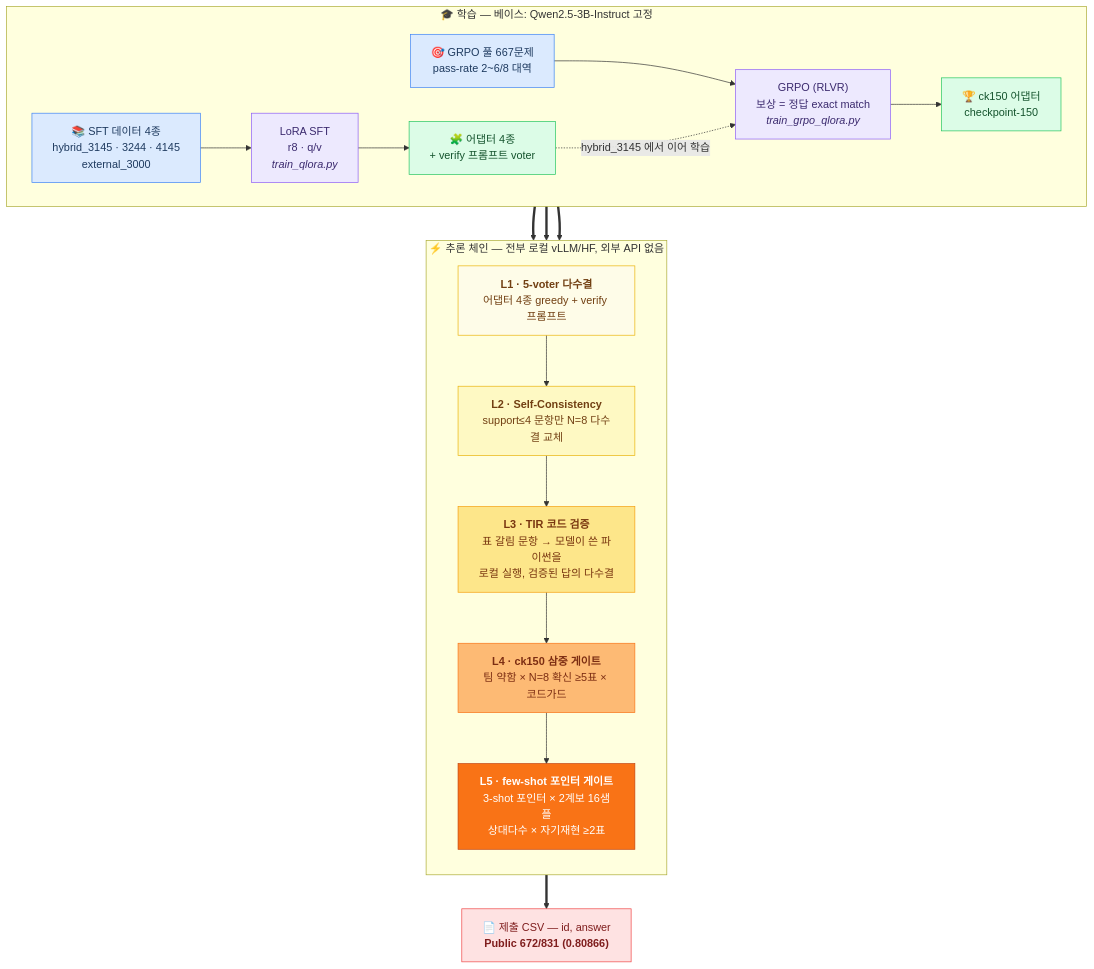
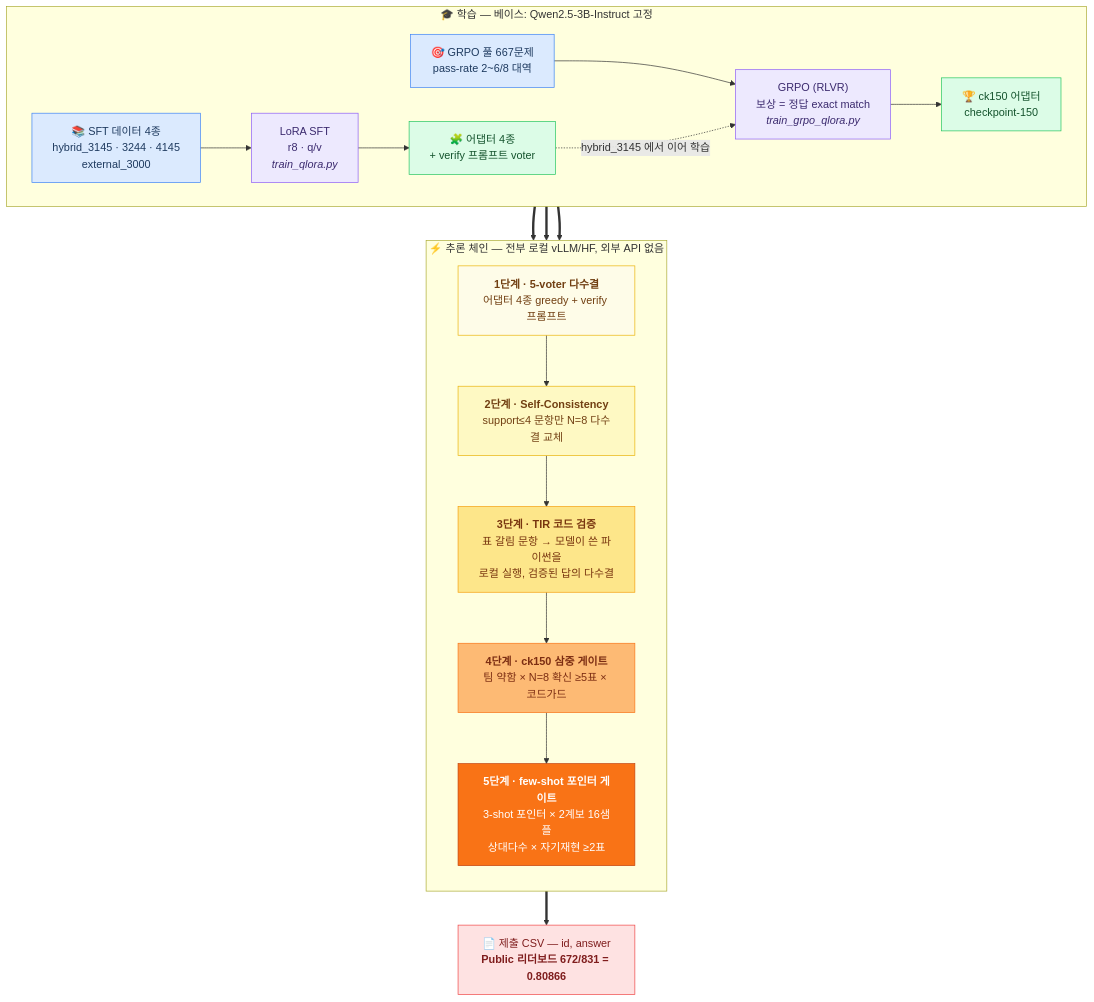
One commit to ale8ander/Deep-Learning-Challenge-2026 changed the diagram in README.md. Above: the diagram before and after it, drawn with Mermaid. The commit also changed other lines of this file and 4 other files, not shown here.

````diff
--- a/README.md
+++ b/README.md
@@ -12,50 +20,50 @@
 ```mermaid
 flowchart TB
     subgraph 학습["🎓 학습 — 베이스: Qwen2.5-3B-Instruct 고정"]
         direction LR
         D1["📚 SFT 데이터 4종<br/>hybrid_3145 · 3244 · 4145<br/>external_3000"]
         D2["🎯 GRPO 풀 667문제<br/>pass-rate 2~6/8 대역"]
         T1["LoRA SFT<br/>r8 · q/v<br/><i>train_qlora.py</i>"]
         T2["GRPO (RLVR)<br/>보상 = 정답 exact match<br/><i>train_grpo_qlora.py</i>"]
         A1["🧩 어댑터 4종<br/>+ verify 프롬프트 voter"]
         A2["🏆 ck150 어댑터<br/>checkpoint-150"]
         D1 --> T1 --> A1
         D2 --> T2
         A1 -.hybrid_3145 에서 이어 학습.-> T2 --> A2
     end
 
     subgraph 추론["⚡ 추론 체인 — 전부 로컬 vLLM/HF, 외부 API 없음"]
         direction TB
-        L1["<b>L1 · 5-voter 다수결</b><br/>어댑터 4종 greedy + verify 프롬프트"]
-        L2["<b>L2 · Self-Consistency</b><br/>support≤4 문항만 N=8 다수결 교체"]
-        L3["<b>L3 · TIR 코드 검증</b><br/>표 갈림 문항 → 모델이 쓴 파이썬을<br/>로컬 실행, 검증된 답의 다수결"]
-        L4["<b>L4 · ck150 삼중 게이트</b><br/>팀 약함 × N=8 확신 ≥5표 × 코드가드"]
-        L5["<b>L5 · few-shot 포인터 게이트</b><br/>3-shot 포인터 × 2계보 16샘플<br/>상대다수 × 자기재현 ≥2표"]
+        L1["<b>1단계 · 5-voter 다수결</b><br/>어댑터 4종 greedy + verify 프롬프트"]
+        L2["<b>2단계 · Self-Consistency</b><br/>support≤4 문항만 N=8 다수결 교체"]
+        L3["<b>3단계 · TIR 코드 검증</b><br/>표 갈림 문항 → 모델이 쓴 파이썬을<br/>로컬 실행, 검증된 답의 다수결"]
+        L4["<b>4단계 · ck150 삼중 게이트</b><br/>팀 약함 × N=8 확신 ≥5표 × 코드가드"]
+        L5["<b>5단계 · few-shot 포인터 게이트</b><br/>3-shot 포인터 × 2계보 16샘플<br/>상대다수 × 자기재현 ≥2표"]
         L1 --> L2 --> L3 --> L4 --> L5
     end
 
     A1 ==> L1
     A2 ==> L4
     A2 ==> L5
-    L5 ==> CSV["📄 제출 CSV — id, answer<br/><b>Public 672/831 (0.80866)</b>"]
+    L5 ==> CSV["📄 제출 CSV — id, answer<br/><b>Public 리더보드 672/831 = 0.80866</b>"]
 
     classDef data fill:#dbeafe,stroke:#3b82f6,color:#1e3a5f
     classDef train fill:#ede9fe,stroke:#8b5cf6,color:#3b2a6e
     classDef adapter fill:#dcfce7,stroke:#22c55e,color:#14532d
     classDef l1 fill:#fefce8,stroke:#eab308,color:#713f12
     classDef l2 fill:#fef9c3,stroke:#eab308,color:#713f12
     classDef l3 fill:#fde68a,stroke:#f59e0b,color:#78350f
     classDef l4 fill:#fdba74,stroke:#f97316,color:#7c2d12
     classDef l5 fill:#f97316,stroke:#c2410c,color:#ffffff
     classDef final fill:#fee2e2,stroke:#ef4444,color:#7f1d1d
 
     class D1,D2 data
     class T1,T2 train
     class A1,A2 adapter
     class L1 l1
     class L2 l2
     class L3 l3
     class L4 l4
     class L5 l5
     class CSV final
 ```
````
